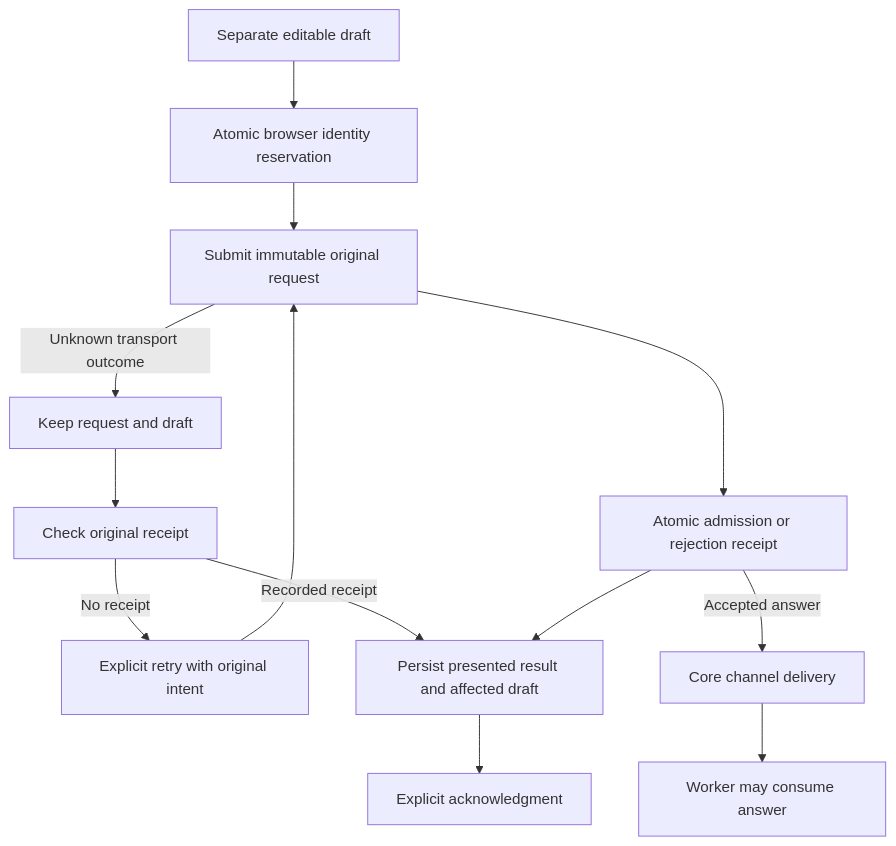
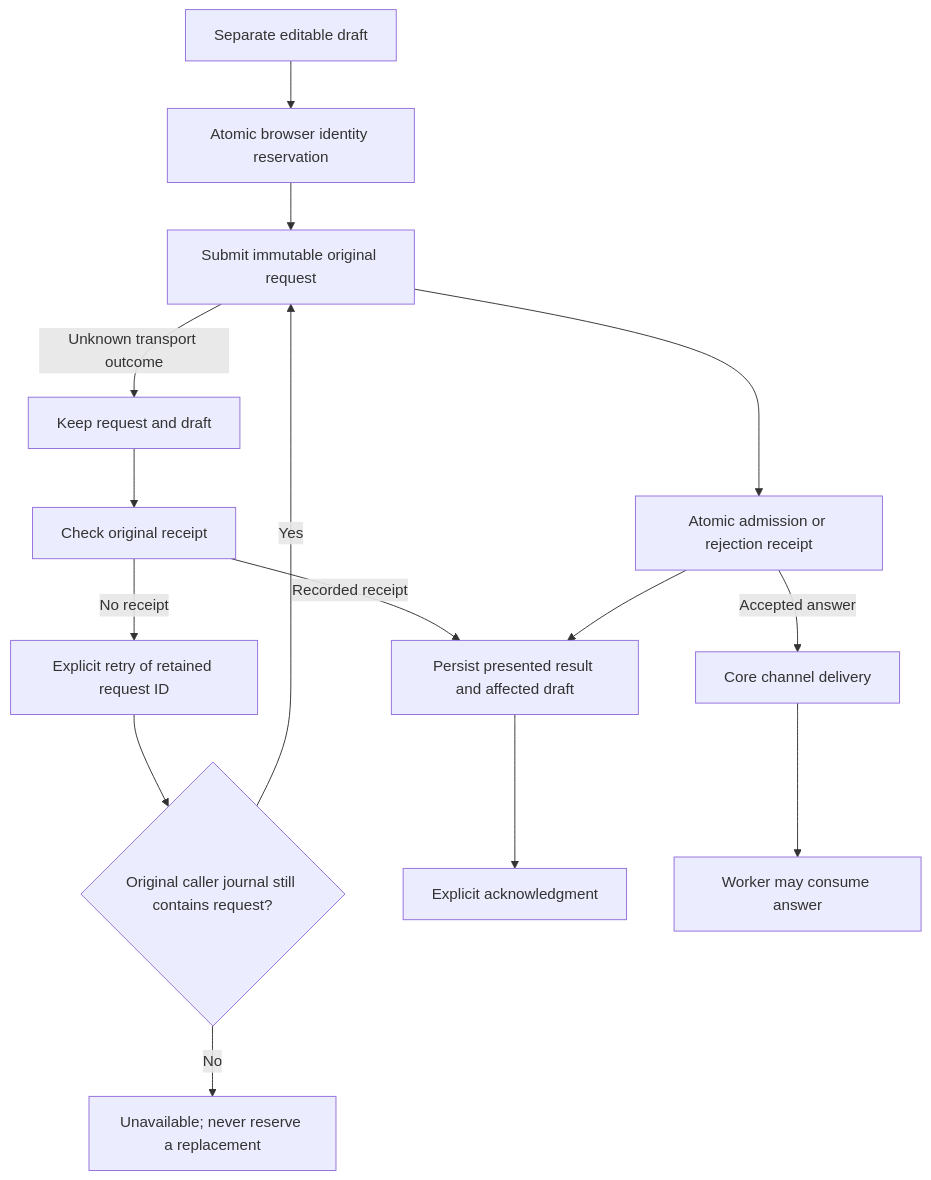
Before and after one commit to nloehlein-godaddy/helmsman: the diagram in docs/clarification-authoring.md, drawn with Mermaid. The commit also changed other lines of this file and 21 other files, not shown here.

Commit message:
fix: preserve exact clarification request identities on retry

````diff
--- a/docs/clarification-authoring.md
+++ b/docs/clarification-authoring.md
@@ -43,15 +43,17 @@
 ```mermaid
 flowchart TD
     Draft[Separate editable draft] --> Reserve[Atomic browser identity reservation]
     Reserve --> Submit[Submit immutable original request]
     Submit -->|Unknown transport outcome| Retain[Keep request and draft]
     Retain --> Lookup[Check original receipt]
-    Lookup -->|No receipt| Retry[Explicit retry with original intent]
-    Retry --> Submit
+    Lookup -->|No receipt| Retry[Explicit retry of retained request ID]
+    Retry --> Retained{Original caller journal still contains request?}
+    Retained -->|Yes| Submit
+    Retained -->|No| Missing[Unavailable; never reserve a replacement]
     Submit --> Commit[Atomic admission or rejection receipt]
     Lookup -->|Recorded receipt| Present[Persist presented result and affected draft]
     Commit --> Present
     Present --> Ack[Explicit acknowledgment]
     Commit -->|Accepted answer| Delivery[Core channel delivery]
     Delivery --> Consumption[Worker may consume answer]
 ```
````
